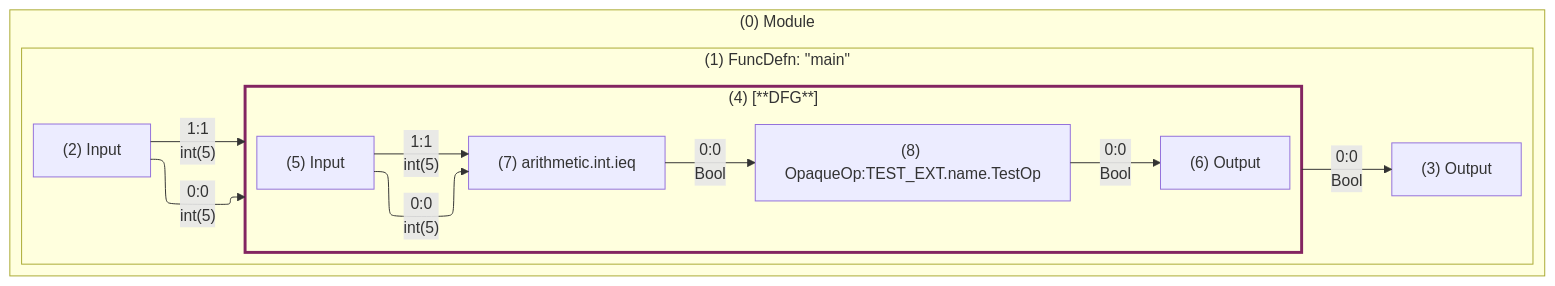
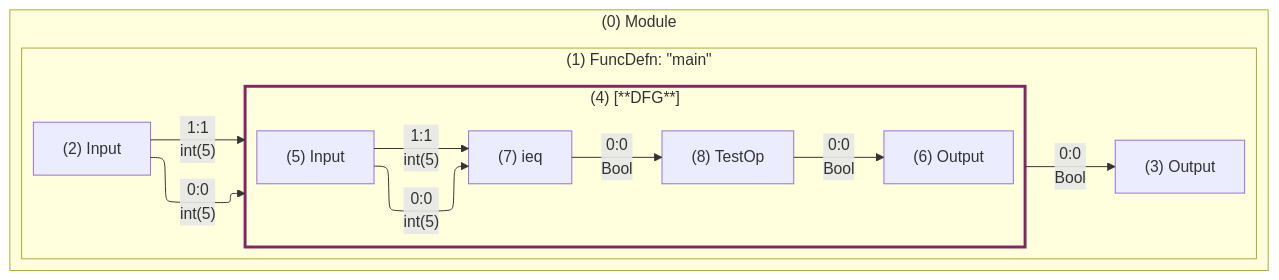
The diagram in hugr-core/test_custom_op_version.mmd (Quantinuum/hugr), drawn with Mermaid before and after one commit. The commit also changed 1 other file, not shown here.

```diff
--- a/hugr-core/test_custom_op_version.mmd
+++ b/hugr-core/test_custom_op_version.mmd
@@ -1,28 +1,28 @@
 ---
 config:
     layout: elk
 ---
 graph LR
     subgraph 0 ["(0) Module"]
         direction LR
         subgraph 1 ["(1) FuncDefn: #quot;main#quot;"]
             direction LR
             2["(2) Input"]
             3["(3) Output"]
             subgraph 4 ["(4) [**DFG**]"]
                 direction LR
                 style 4 stroke:#832561,stroke-width:3px
                 5["(5) Input"]
                 6["(6) Output"]
-                7["(7) arithmetic.int.ieq"]
-                8["(8) OpaqueOp:TEST_EXT.name.TestOp"]
+                7["(7) ieq"]
+                8["(8) TestOp"]
                 5--"0:0<br>int(5)"-->7
                 5--"1:1<br>int(5)"-->7
                 7--"0:0<br>Bool"-->8
                 8--"0:0<br>Bool"-->6
             end
             2--"0:0<br>int(5)"-->4
             2--"1:1<br>int(5)"-->4
             4--"0:0<br>Bool"-->3
         end
     end
```
